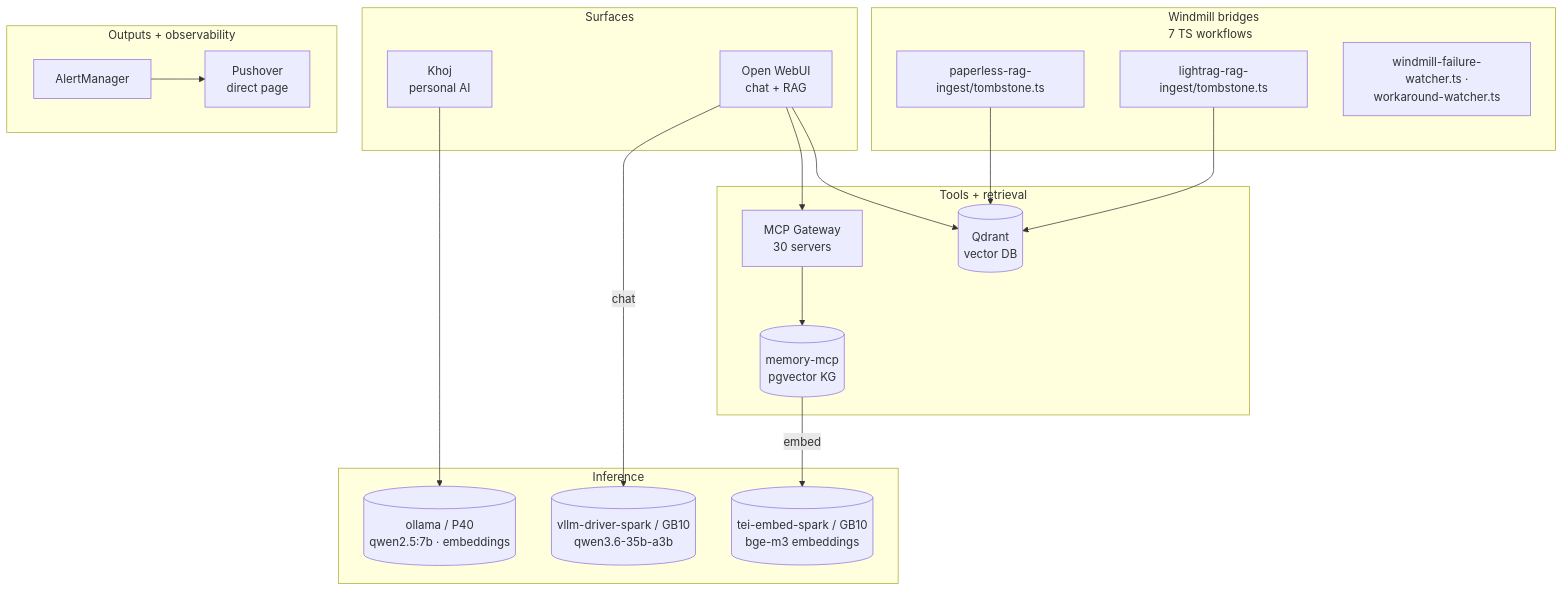
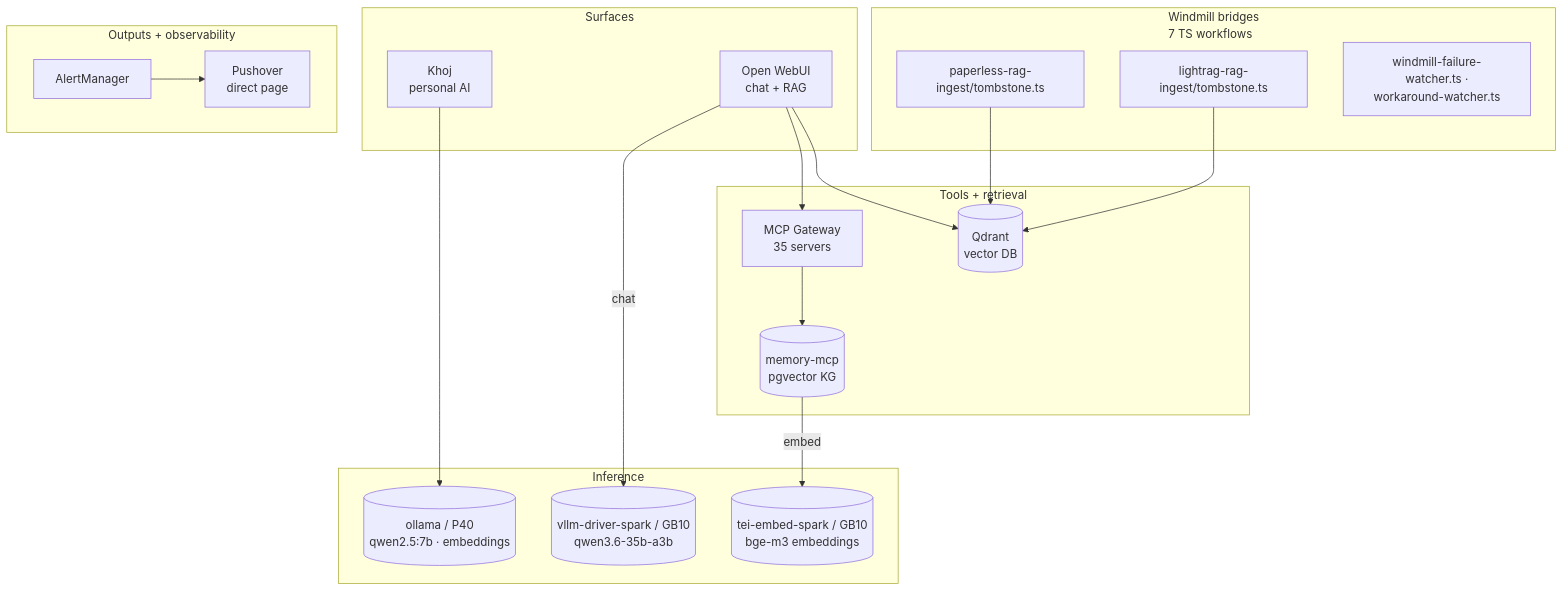
Before and after one commit to rwlove/home-ops: the second of 2 diagrams in README.md, drawn with Mermaid. The commit also changed other lines of this file and 47 other files, not shown here.

````diff
--- a/README.md
+++ b/README.md
@@ -317,39 +317,39 @@
 ```mermaid
 flowchart TB
     subgraph Surfaces[Surfaces]
         OWUI[Open WebUI<br/>chat + RAG]
         Khoj[Khoj<br/>personal AI]
     end
 
     subgraph Bridges[Windmill bridges<br/>7 TS workflows]
         WPaperless[paperless-rag-ingest/tombstone.ts]
         WLightrag[lightrag-rag-ingest/tombstone.ts]
         WOther[windmill-failure-watcher.ts ·<br/>workaround-watcher.ts]
     end
 
     subgraph Inference[Inference]
         OllamaP40[(ollama / P40<br/>qwen2.5:7b · embeddings)]
         VllmDriver[(vllm-driver-spark / GB10<br/>qwen3.6-35b-a3b)]
         TeiEmbed[(tei-embed-spark / GB10<br/>bge-m3 embeddings)]
     end
 
     subgraph Tools[Tools + retrieval]
-        Gw[MCP Gateway<br/>30 servers]
+        Gw[MCP Gateway<br/>35 servers]
         Q[(Qdrant<br/>vector DB)]
         Mem[(memory-mcp<br/>pgvector KG)]
     end
 
     subgraph Outputs[Outputs + observability]
         AM[AlertManager]
         Push[Pushover<br/>direct page]
     end
 
     OWUI -->|chat| VllmDriver
     OWUI --> Gw --> Mem
     OWUI --> Q
     Mem -->|embed| TeiEmbed
     Khoj --> OllamaP40
     WPaperless --> Q
     WLightrag --> Q
     AM --> Push
 ```
````
